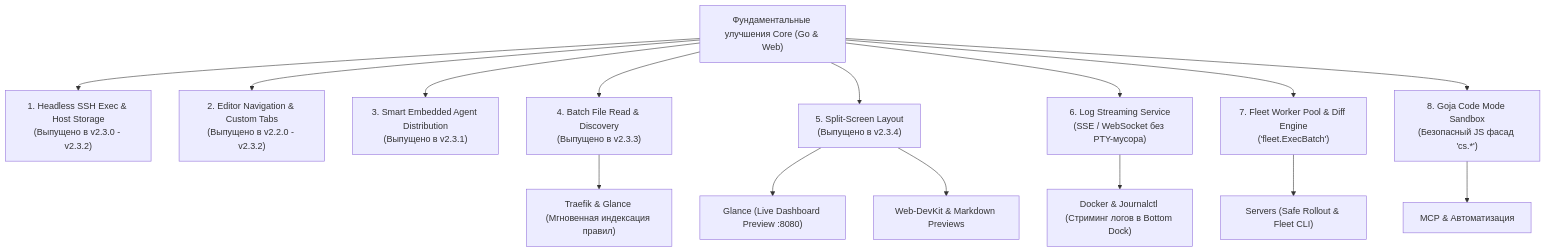
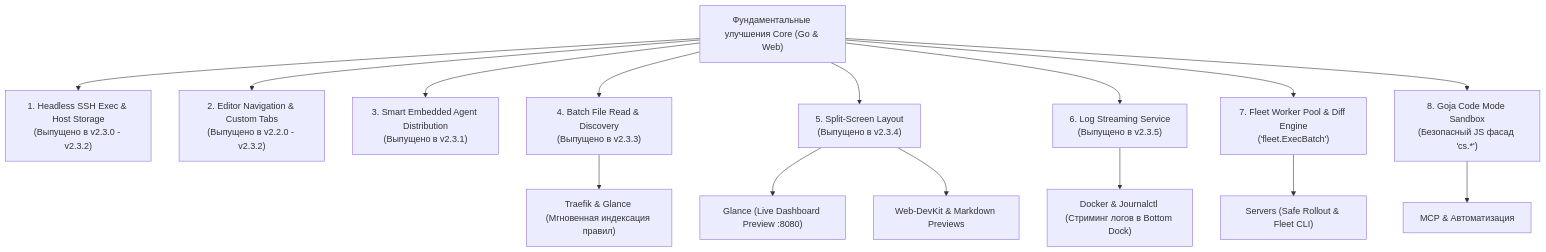
One commit to config-studio/config-studio changed the diagram in ROADMAP.md. Above: the diagram before and after it, drawn with Mermaid. The commit also changed other lines of this file and 25 other files, not shown here.

Commit message:
feat(core): release v2.3.5 Structured Log Streaming Service (SSE, LogViewer, Bottom Dock tabs)

````diff
--- a/ROADMAP.md
+++ b/ROADMAP.md
@@ -34,29 +36,29 @@
 ```mermaid
 graph TD
     Core["Фундаментальные улучшения Core (Go & Web)"]
     
     C1["1. Headless SSH Exec & Host Storage<br/>(Выпущено в v2.3.0 - v2.3.2)"]
     C2["2. Editor Navigation & Custom Tabs<br/>(Выпущено в v2.2.0 - v2.3.2)"]
     C3["3. Smart Embedded Agent Distribution<br/>(Выпущено в v2.3.1)"]
     C4["4. Batch File Read & Discovery<br/>(Выпущено в v2.3.3)"]
     C5["5. Split-Screen Layout<br/>(Выпущено в v2.3.4)"]
-    C6["6. Log Streaming Service<br/>(SSE / WebSocket без PTY-мусора)"]
+    C6["6. Log Streaming Service<br/>(Выпущено в v2.3.5)"]
     C7["7. Fleet Worker Pool & Diff Engine<br/>('fleet.ExecBatch')"]
     C8["8. Goja Code Mode Sandbox<br/>(Безопасный JS фасад 'cs.*')"]
     
     Core --> C1
     Core --> C2
     Core --> C3
     Core --> C4
     Core --> C5
     Core --> C6
     Core --> C7
     Core --> C8
     
     C4 --> P1["Traefik & Glance (Мгновенная индексация правил)"]
     C5 --> P2["Glance (Live Dashboard Preview :8080)"]
     C5 --> P3["Web-DevKit & Markdown Previews"]
     C6 --> P4["Docker & Journalctl (Стриминг логов в Bottom Dock)"]
     C7 --> P5["Servers (Safe Rollout & Fleet CLI)"]
     C8 --> P6["MCP & Автоматизация"]
 ```
````
